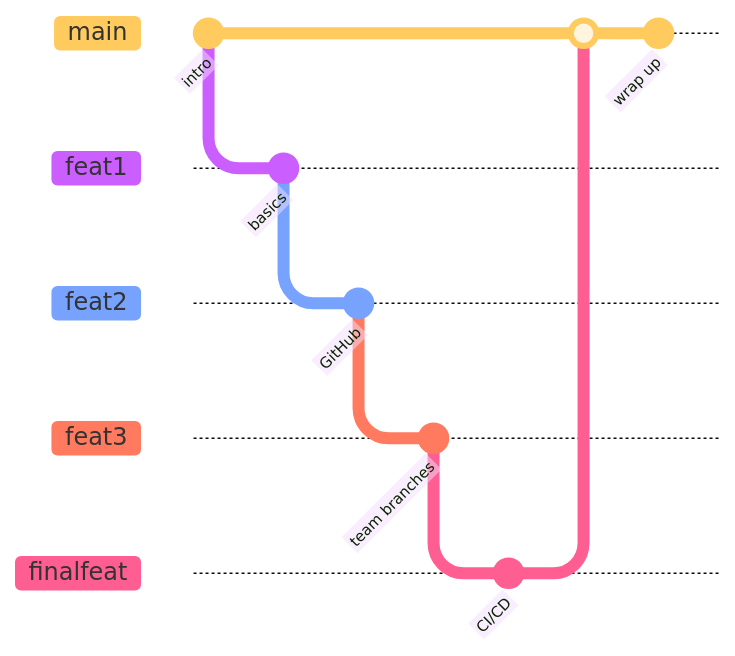
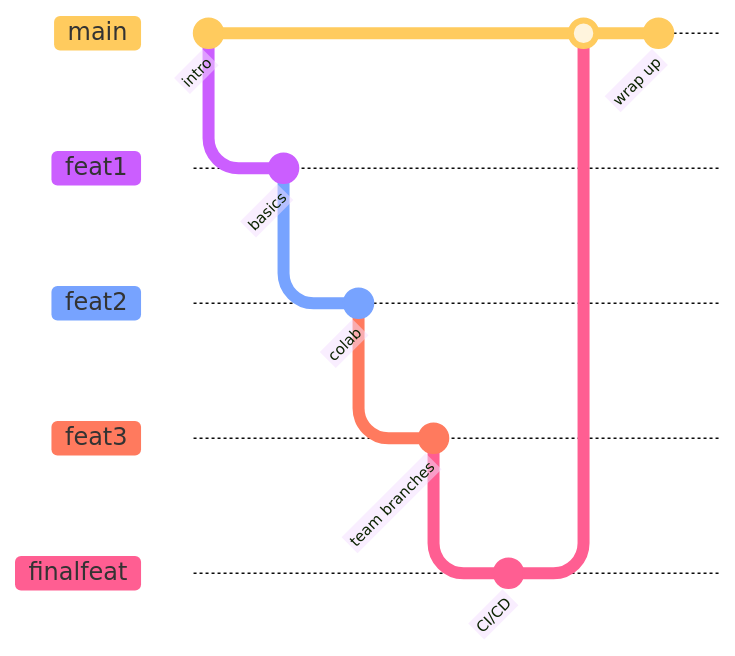
One commit to Sparrow0hawk/quarto-slides changed the first of 4 diagrams in 2023-02-06-git-branch-lecture.qmd. Above: the diagram before and after it, drawn with Mermaid. The commit also changed other lines of this file and 1 other file, not shown here.

````diff
--- a/2023-02-06-git-branch-lecture.qmd
+++ b/2023-02-06-git-branch-lecture.qmd
@@ -8,19 +11,19 @@
 ```{mermaid}
 %%| fig-height: 6
 %%{init: { 'logLevel': 'debug', 'theme': 'base', 'gitGraph': {'showBranches': true,'showCommitLabel': true, 'rotateCommitLabel': true}} }%%
 
 gitGraph
     commit id: "intro"
     branch feat1
     commit id: "basics"
     branch feat2
-    commit id: "GitHub"
+    commit id: "colab"
     branch feat3
     commit id: "team branches"
     branch finalfeat
     commit id: "CI/CD"
     checkout main
     merge finalfeat
     commit id: "wrap up"
 
 ```
````
